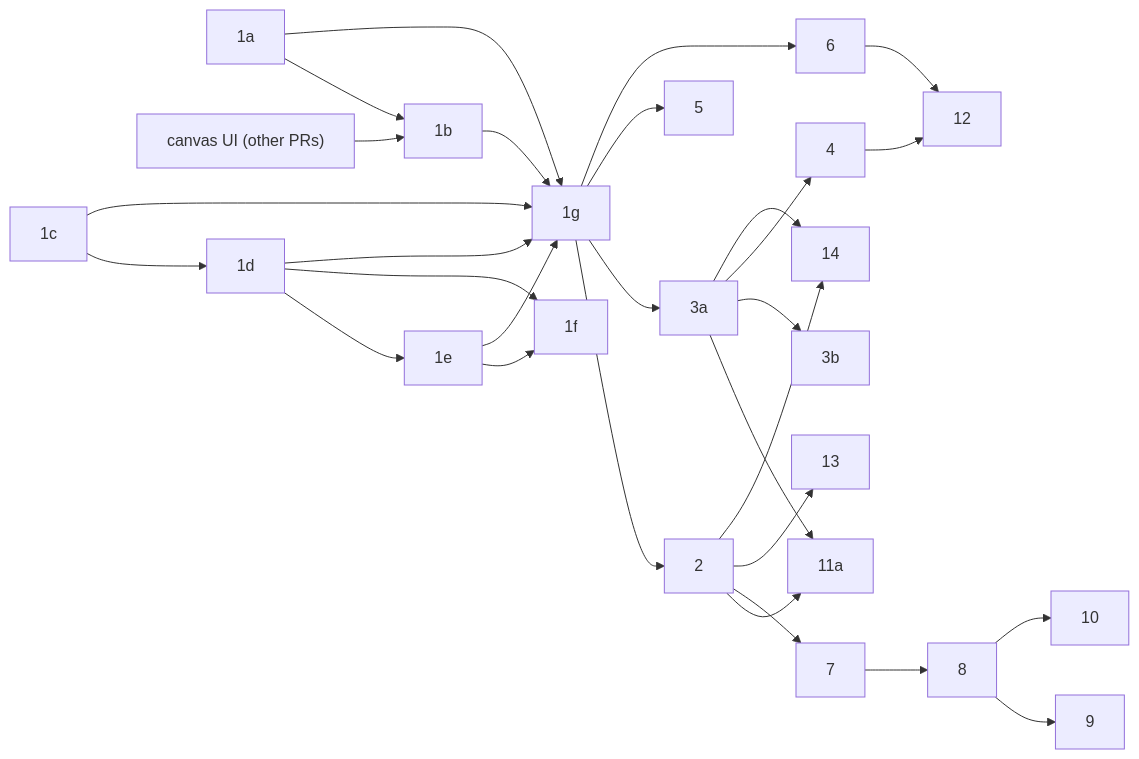
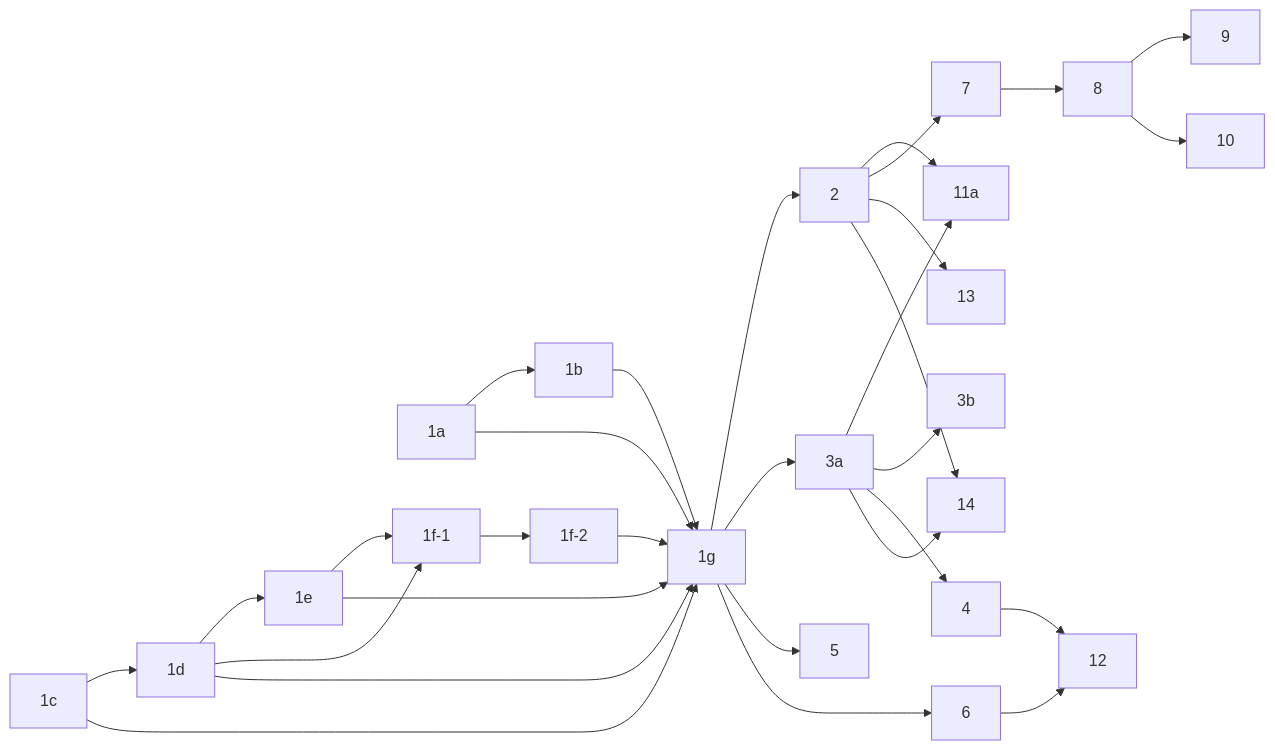
The diagram in docs/design/workflows-plan.md (aws-solutions/konductor), drawn with Mermaid before and after one commit. The commit also changed other lines of this file and 3 other files, not shown here.

````diff
--- a/docs/design/workflows-plan.md
+++ b/docs/design/workflows-plan.md
@@ -50,23 +46,24 @@
 ```mermaid
 flowchart LR
-        s1a["1a"] --> s1b["1b"]
-    ui["canvas UI (other PRs)"] --> s1b
+    s1a["1a"] --> s1b["1b"]
     s1c["1c"] --> s1d["1d"]
-        s1d --> s1e["1e"]
-    s1d & s1e --> s1f["1f"]
+    s1d --> s1e["1e"]
+    s1d & s1e --> s1f1["1f-1"]
+    s1f1 --> s1f2["1f-2"]
     s1a & s1b & s1c & s1d & s1e --> s1g["1g"]
+    s1f2 --> s1g
     s1g --> s2["2"]
     s1g --> s3a["3a"]
     s2 & s3a --> s11a["11a"]
     s3a --> s3b["3b"]
     s3a --> s4["4"]
     s1g --> s5["5"]
     s1g --> s6["6"]
     s2 --> s7["7"]
     s7 --> s8["8"]
     s8 --> s9["9"]
     s8 --> s10["10"]
     s4 & s6 --> s12["12"]
     s2 --> s13["13"]
     s2 & s3a --> s14["14"]
 ```
````
